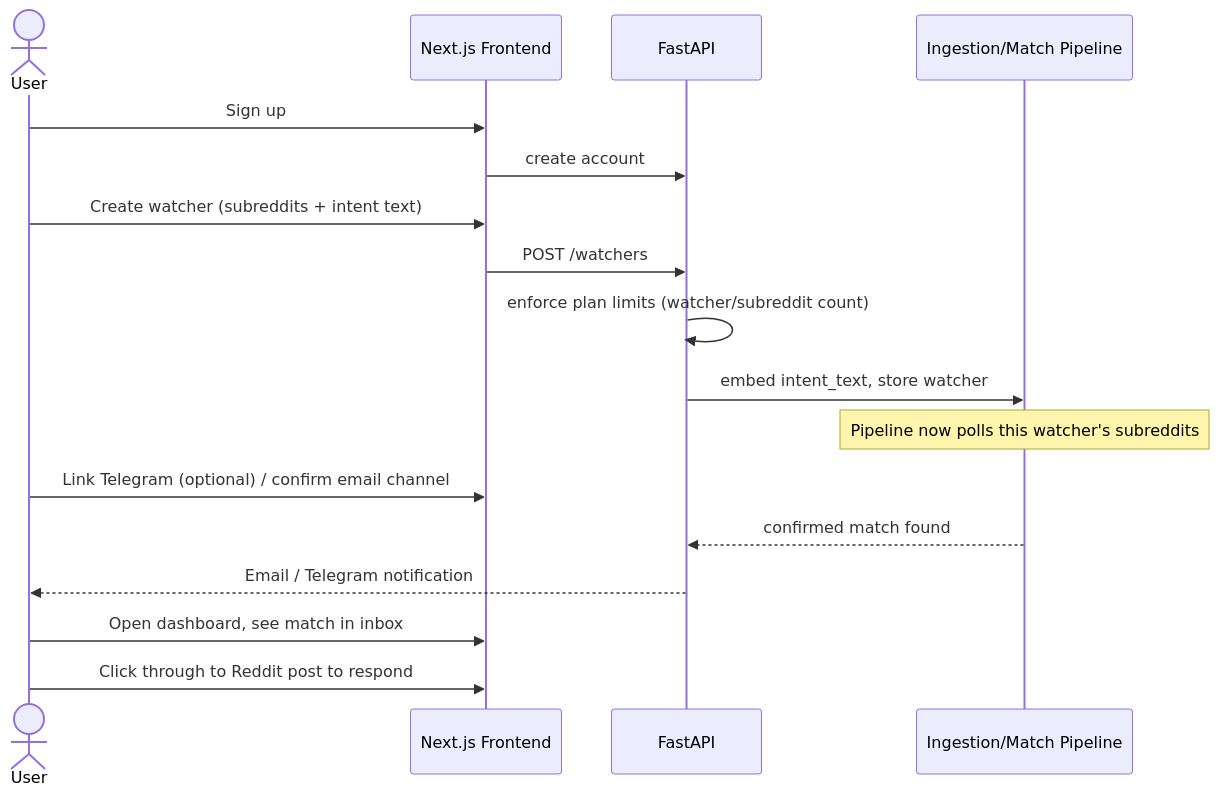
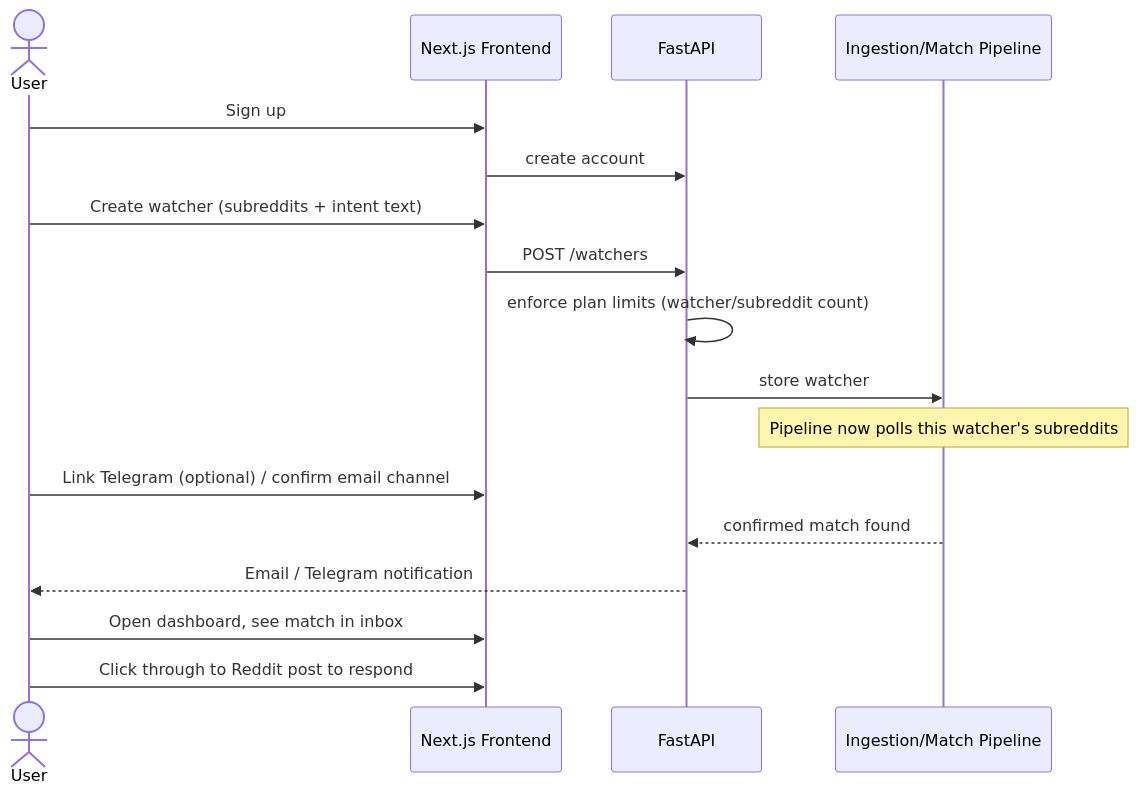
The first of 2 diagrams in docs/WORKFLOW.md (d-tech-solutions/reddit_lead), drawn with Mermaid before and after one commit. The commit also changed other lines of this file and 4 other files, not shown here.

````diff
--- a/docs/WORKFLOW.md
+++ b/docs/WORKFLOW.md
@@ -8,20 +8,20 @@
 ```mermaid
 sequenceDiagram
     actor U as User
     participant FE as Next.js Frontend
     participant API as FastAPI
     participant Pipeline as Ingestion/Match Pipeline
 
     U->>FE: Sign up
     FE->>API: create account
     U->>FE: Create watcher (subreddits + intent text)
     FE->>API: POST /watchers
     API->>API: enforce plan limits (watcher/subreddit count)
-    API->>Pipeline: embed intent_text, store watcher
+    API->>Pipeline: store watcher
     Note over Pipeline: Pipeline now polls this watcher's subreddits
     U->>FE: Link Telegram (optional) / confirm email channel
     Pipeline-->>API: confirmed match found
     API-->>U: Email / Telegram notification
     U->>FE: Open dashboard, see match in inbox
     U->>FE: Click through to Reddit post to respond
 ```
````
